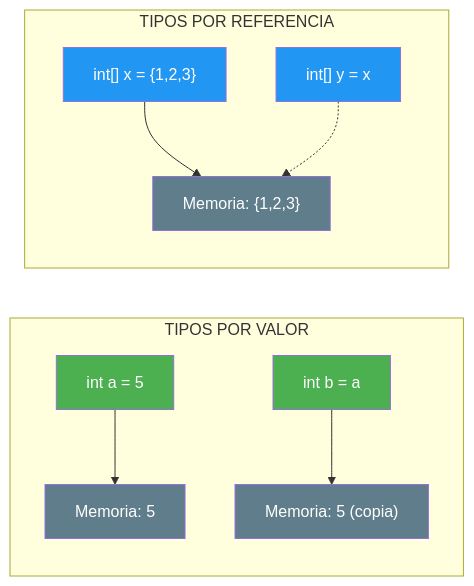
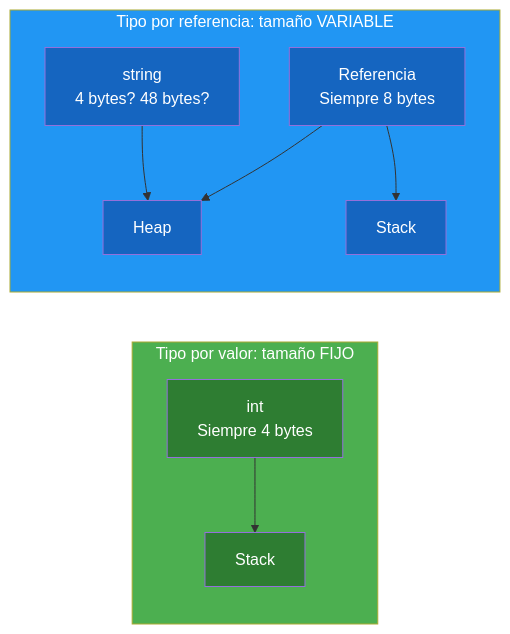
One commit to joseluisgs/Programacion-01-2026-2027 changed the fourth of 4 diagrams in 05-tipos-datos.md. Above: the diagram before and after it, drawn with Mermaid. The commit also changed other lines of this file and 1 other file, not shown here.

Commit message:
refactor: reorganiza tipos/variables -§5.6 Stack vs Heap con diagramas,§6.2 nueva Null y Nullable, simplifica tuplas

````diff
--- a/05-tipos-datos.md
+++ b/05-tipos-datos.md
@@ -335,18 +381,19 @@
 ```mermaid
 graph LR
-    subgraph "TIPOS POR VALOR"
-        A["int a = 5"] --> MEM_A["Memoria: 5"]
-        B["int b = a"] --> MEM_B["Memoria: 5 (copia)"]
+    subgraph VALOR ["Tipo por valor: tamaño FIJO"]
+        A["int<br/>Siempre 4 bytes"] --> B["Stack"]
     end
-    subgraph "TIPOS POR REFERENCIA"
-        C["int[] x = {1,2,3}"] --> MEM_C["Memoria: {1,2,3}"]
-        D["int[] y = x"] -.-> MEM_C
+    subgraph REFERENCIA ["Tipo por referencia: tamaño VARIABLE"]
+        C["string<br/>4 bytes? 48 bytes?"] --> D["Heap"]
+        E["Referencia<br/>Siempre 8 bytes"] --> F["Stack"]
+        E --> D
     end
-    style A fill:#4CAF50,color:#fff
-    style B fill:#4CAF50,color:#fff
-    style C fill:#2196F3,color:#fff
-    style D fill:#2196F3,color:#fff
-    style MEM_A fill:#607D8B,color:#fff
-    style MEM_B fill:#607D8B,color:#fff
-    style MEM_C fill:#607D8B,color:#fff
+    style VALOR fill:#4CAF50,color:#fff
+    style REFERENCIA fill:#2196F3,color:#fff
+    style A fill:#2E7D32,color:#fff
+    style B fill:#2E7D32,color:#fff
+    style C fill:#1565C0,color:#fff
+    style D fill:#1565C0,color:#fff
+    style E fill:#1565C0,color:#fff
+    style F fill:#1565C0,color:#fff
 ```
````
